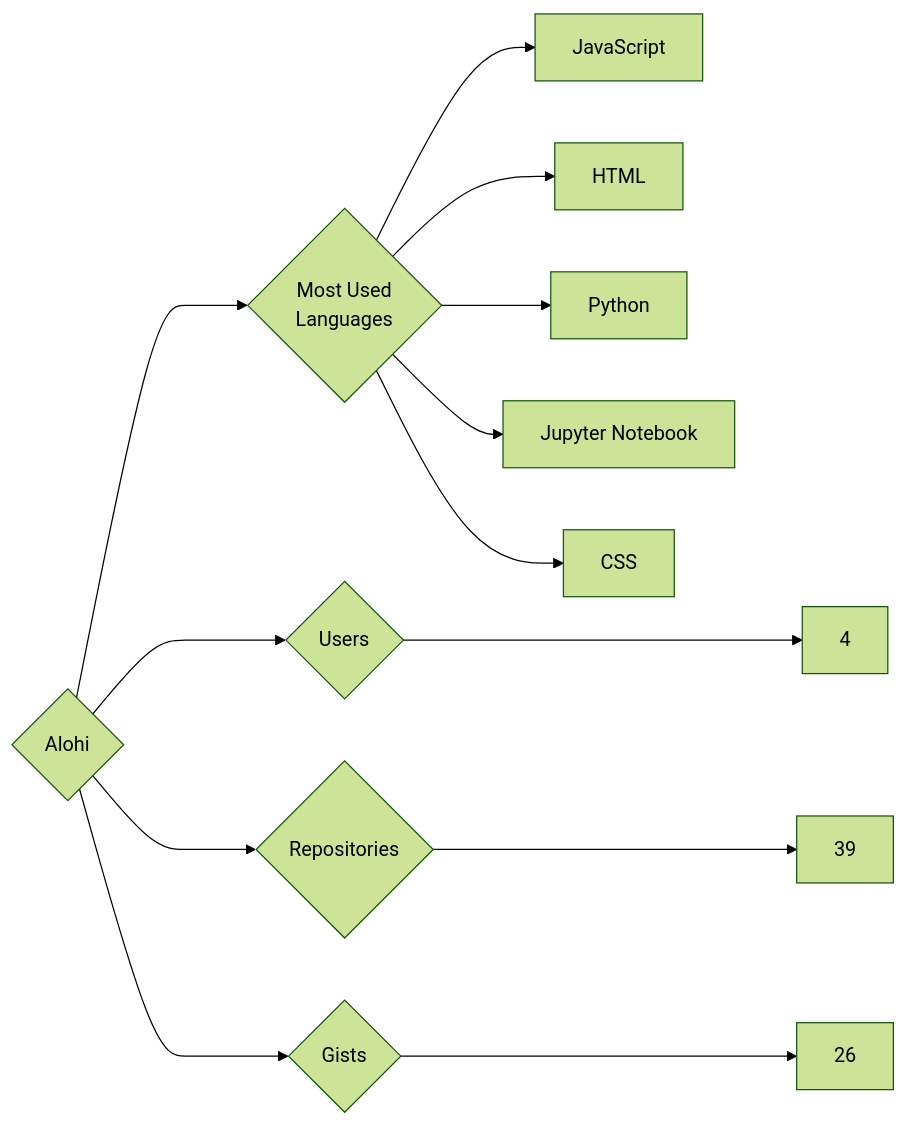
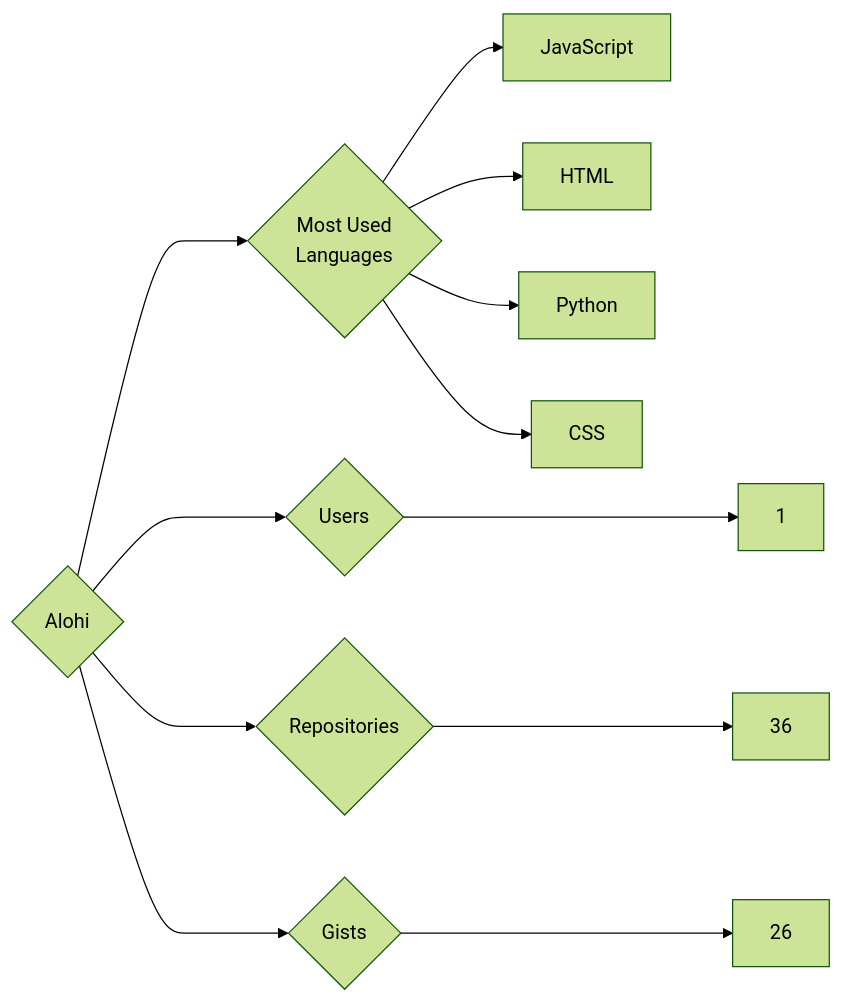
One commit to trickest/insiders changed the diagram in targets/Alohi/README.md. Above: the diagram before and after it, drawn with Mermaid (forest theme). The commit also changed 845 other files, not shown here.

````diff
--- a/targets/Alohi/README.md
+++ b/targets/Alohi/README.md
@@ -3,13 +3,12 @@
 ```mermaid
 graph LR
 COMPANY_NAME{Alohi}
-COMPANY_NAME ---> U{Users} ---> UN[4]
-COMPANY_NAME ---> R{Repositories} ---> RN[39]
+COMPANY_NAME ---> U{Users} ---> UN[1]
+COMPANY_NAME ---> R{Repositories} ---> RN[36]
 COMPANY_NAME ---> G{Gists} ---> GN[26]
 COMPANY_NAME ---> ML{Most Used<br>Languages}
 ML --> JavaScript[JavaScript]
 ML --> HTML[HTML]
 ML --> Python[Python]
-ML --> Jupyter_Notebook[Jupyter Notebook]
 ML --> CSS[CSS]
 ```
````
